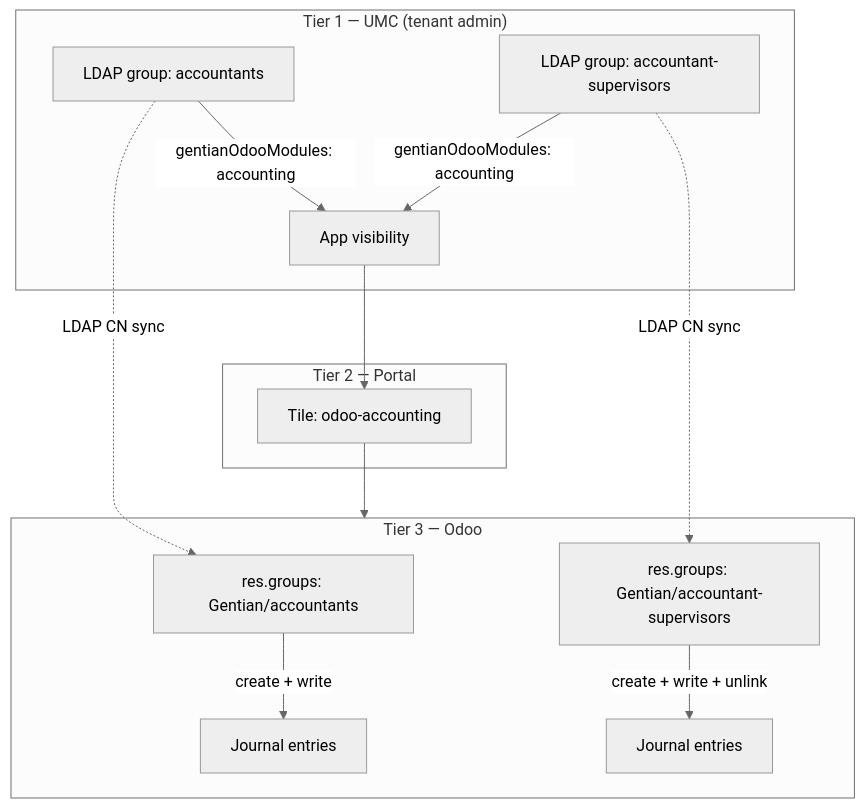
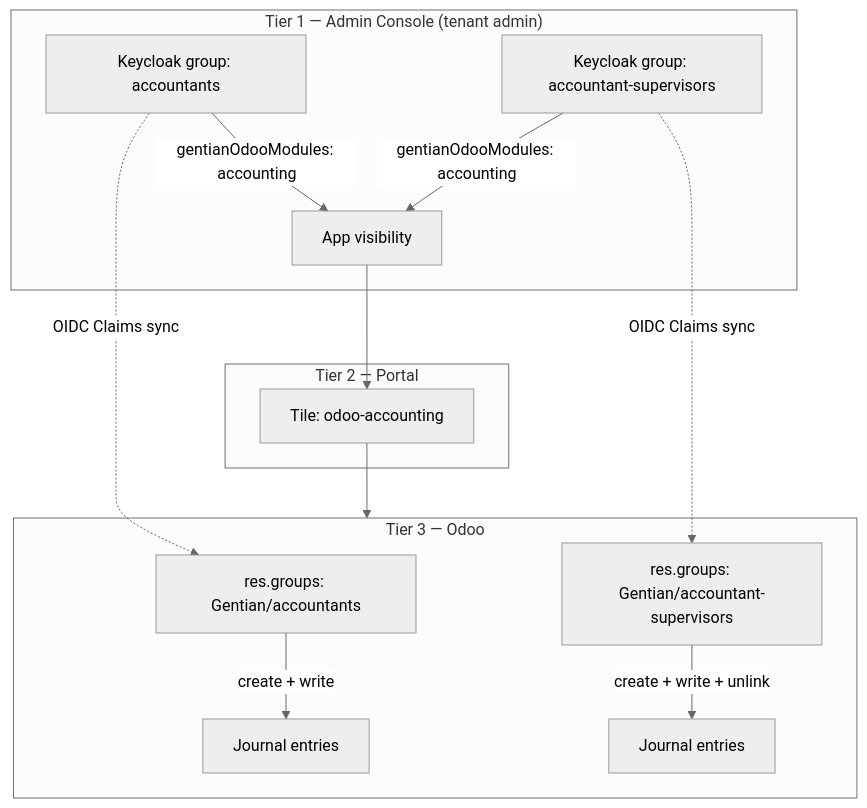
The second of 3 diagrams in profiles/odoo-free-base/odoo-plan.md (gentian-org/gentian-apps), drawn with Mermaid (neutral theme) before and after one commit. The commit also changed other lines of this file, not shown here.

Commit message:
docs(odoo): update integration plan to remove LDAP and use Keycloak/OpenFGA

````diff
--- a/profiles/odoo-free-base/odoo-plan.md
+++ b/profiles/odoo-free-base/odoo-plan.md
@@ -293,25 +288,25 @@
 ```mermaid
 flowchart TB
-    subgraph umc ["Tier 1 — UMC (tenant admin)"]
-        G1["LDAP group: accountants"]
-        G2["LDAP group: accountant-supervisors"]
+    subgraph admin ["Tier 1 — Admin Console (tenant admin)"]
+        G1["Keycloak group: accountants"]
+        G2["Keycloak group: accountant-supervisors"]
         G1 -->|gentianOdooModules: accounting| M1["App visibility"]
         G2 -->|gentianOdooModules: accounting| M1
     end
 
     subgraph portal ["Tier 2 — Portal"]
         T1["Tile: odoo-accounting"]
         M1 --> T1
     end
 
     subgraph odoo ["Tier 3 — Odoo"]
         OG1["res.groups: Gentian/accountants"]
         OG2["res.groups: Gentian/accountant-supervisors"]
-        G1 -.->|LDAP CN sync| OG1
-        G2 -.->|LDAP CN sync| OG2
+        G1 -.->|OIDC Claims sync| OG1
+        G2 -.->|OIDC Claims sync| OG2
         OG1 -->|create + write| ACL1["Journal entries"]
         OG2 -->|create + write + unlink| ACL2["Journal entries"]
     end
 
     T1 --> odoo
 ```
````
